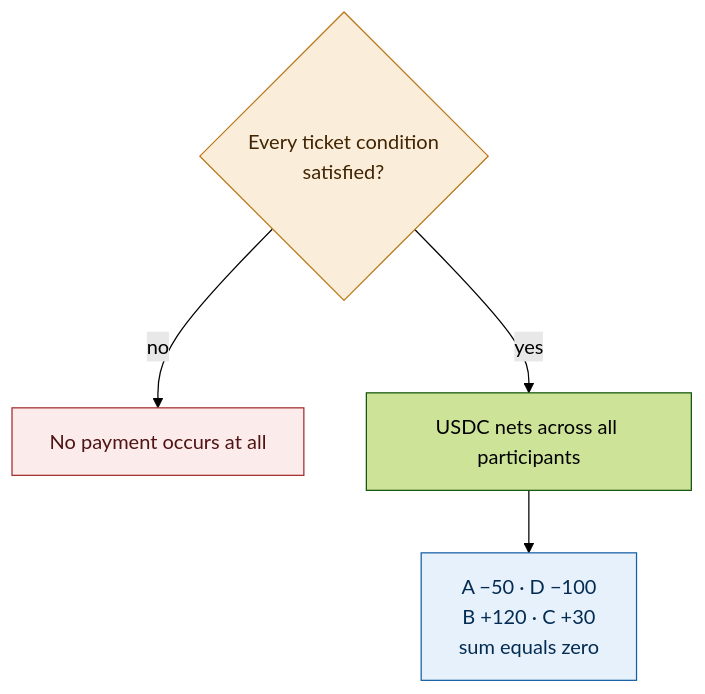
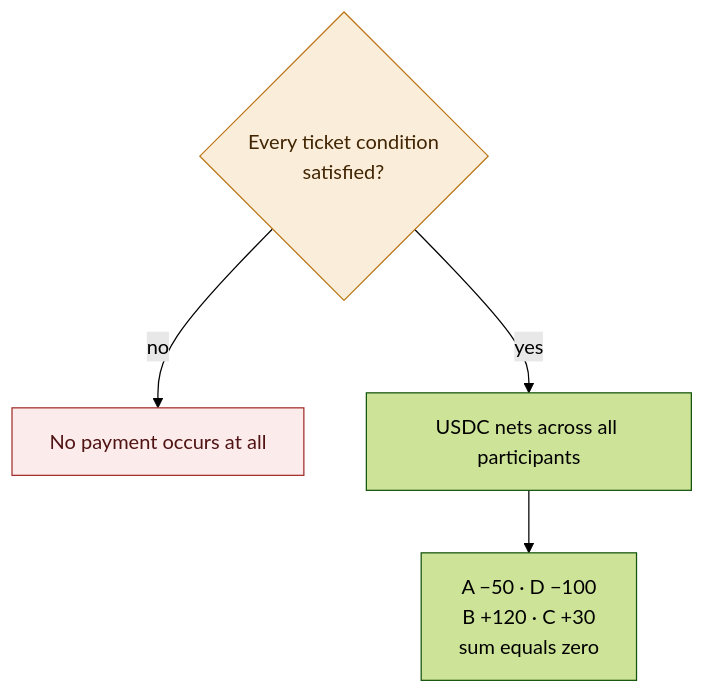
Diagram 25 of 26 in README.md (angelphoon7/online2026), drawn with Mermaid (forest theme) before and after one commit. The commit also changed other lines of this file, not shown here.

````diff
--- a/README.md
+++ b/README.md
@@ -431,10 +779,11 @@
 ```mermaid
 flowchart TD
     A{"Every ticket condition<br/>satisfied?"} -->|"no"| B["No payment occurs at all"]
     A -->|"yes"| C["USDC nets across all participants"]
     C --> D["A −50 · D −100<br/>B +120 · C +30<br/>sum equals zero"]
 
-    style A fill:#FAEEDA,stroke:#BA7517,color:#412402
-    style B fill:#FCEBEB,stroke:#A32D2D,color:#501313
-    style D fill:#E6F1FB,stroke:#185FA5,color:#042C53
+    classDef bad fill:#FCEBEB,stroke:#A32D2D,stroke-width:1px,color:#501313
+    classDef decide fill:#FAEEDA,stroke:#BA7517,stroke-width:1px,color:#412402
+    class B bad
+    class A decide
 ```
````
